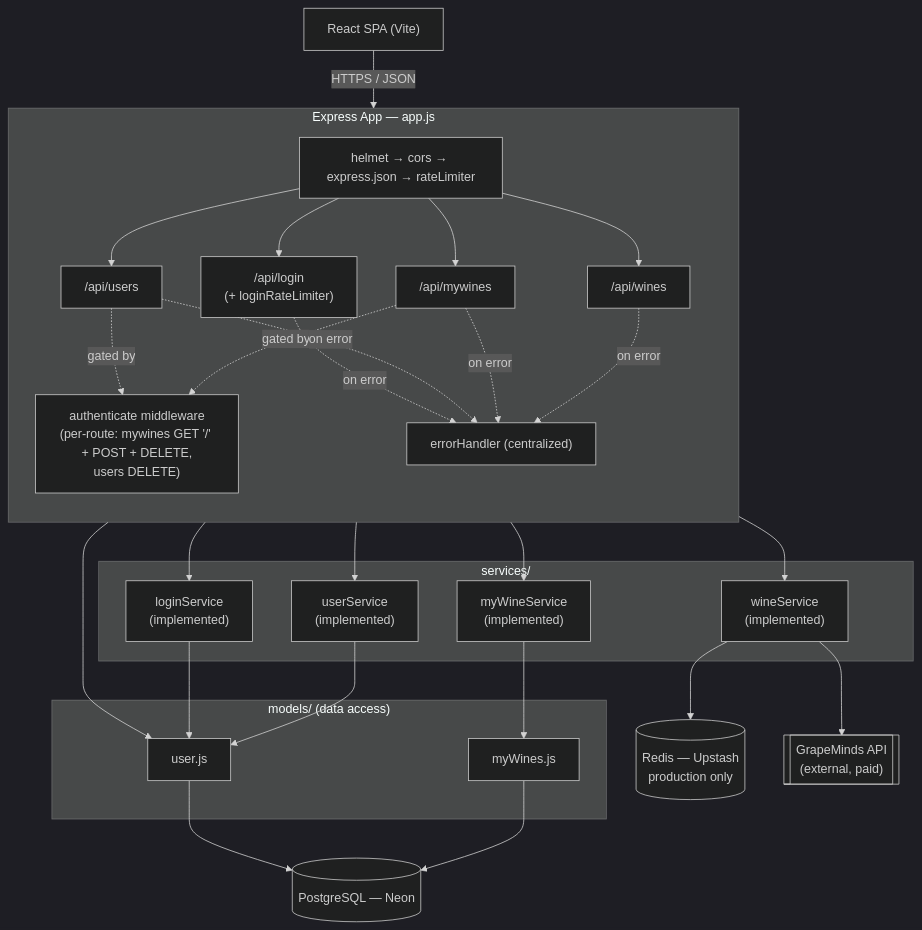
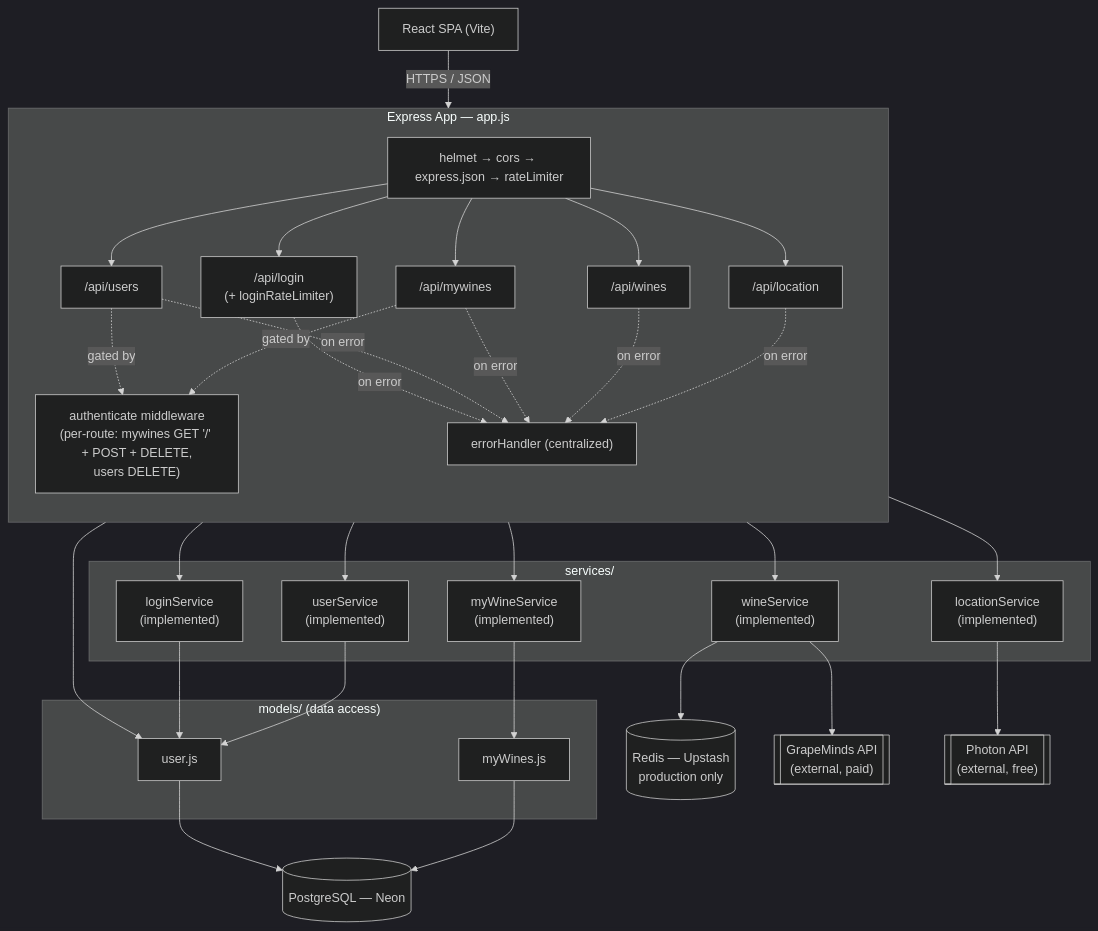
The first of 9 diagrams in back/README.md (vsvala/KnowWine-AI), drawn with Mermaid (dark theme) before and after one commit. The commit also changed other lines of this file and 3 other files, not shown here.

````diff
--- a/back/README.md
+++ b/back/README.md
@@ -22,54 +22,60 @@
 ```mermaid
 flowchart TB
     FE["React SPA (Vite)"]
 
     subgraph App["Express App — app.js"]
         direction TB
         MW["helmet → cors → express.json → rateLimiter"]
         RLogin["/api/login\n(+ loginRateLimiter)"]
         RUsers["/api/users"]
         RMyWines["/api/mywines"]
         RWines["/api/wines"]
+        RLocation["/api/location"]
         Auth["authenticate middleware\n(per-route: mywines GET '/' + POST + DELETE,\nusers DELETE)"]
         ErrH["errorHandler (centralized)"]
     end
 
     subgraph Services["services/"]
         MyWinesSvc["myWineService\n(implemented)"]
         WinesSvc["wineService\n(implemented)"]
         LoginSvc["loginService\n(implemented)"]
         UserSvc["userService\n(implemented)"]
+        LocationSvc["locationService\n(implemented)"]
     end
 
     subgraph Models["models/ (data access)"]
         UserModel["user.js"]
         MyWinesModel["myWines.js"]
     end
 
     PG[("PostgreSQL — Neon")]
     RD[("Redis — Upstash\nproduction only")]
     GM[["GrapeMinds API\n(external, paid)"]]
+    Photon[["Photon API\n(external, free)"]]
 
     FE -->|HTTPS / JSON| MW
-    MW --> RLogin & RUsers & RMyWines & RWines
+    MW --> RLogin & RUsers & RMyWines & RWines & RLocation
 
     RUsers -.gated by.-> Auth
     RMyWines -.gated by.-> Auth
     Auth --> UserModel
 
     RLogin --> LoginSvc --> UserModel
     RUsers --> UserSvc --> UserModel
     RMyWines --> MyWinesSvc
     MyWinesSvc --> MyWinesModel
     RWines --> WinesSvc
+    RLocation --> LocationSvc
 
     UserModel --> PG
     MyWinesModel --> PG
     WinesSvc --> RD
     WinesSvc --> GM
+    LocationSvc --> Photon
 
     RLogin -. on error .-> ErrH
     RUsers -. on error .-> ErrH
     RMyWines -. on error .-> ErrH
     RWines -. on error .-> ErrH
+    RLocation -. on error .-> ErrH
 ```
````
